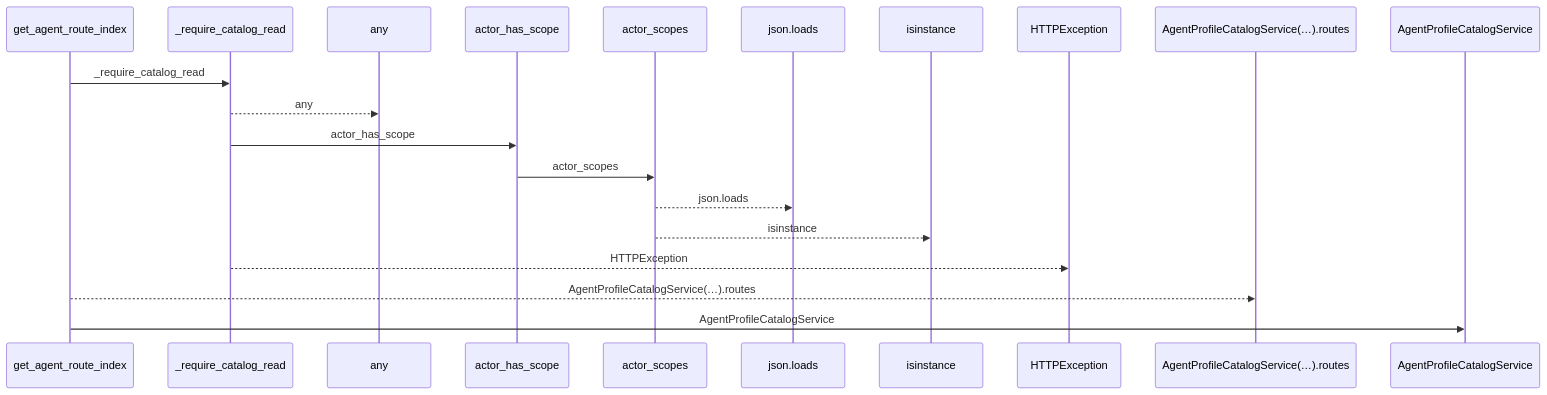
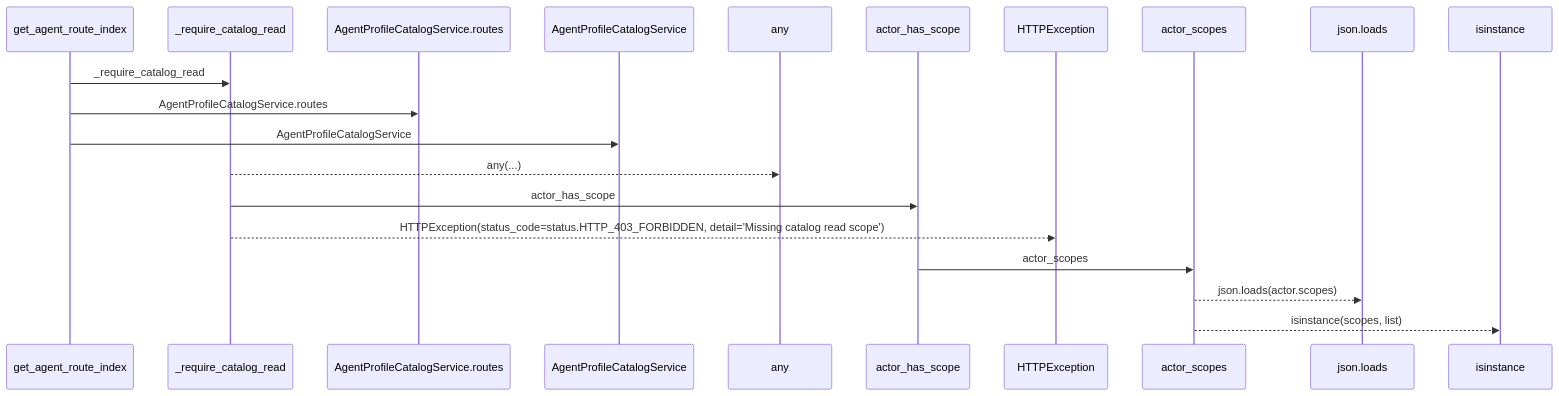
One commit to Denissvgn/WorkChord changed the first of 2 diagrams in docs/llm_wiki/flows/http-get_agent_route_index.md. Above: the diagram before and after it, drawn with Mermaid. The commit also changed other lines of this file and 25171 other files, not shown here.

````diff
--- a/docs/llm_wiki/flows/http-get_agent_route_index.md
+++ b/docs/llm_wiki/flows/http-get_agent_route_index.md
@@ -10,22 +12,22 @@
 ```mermaid
 sequenceDiagram
     participant p0 as get_agent_route_index
     participant p1 as _require_catalog_read
-    participant p2 as any
-    participant p3 as actor_has_scope
-    participant p4 as actor_scopes
-    participant p5 as json.loads
-    participant p6 as isinstance
-    participant p7 as HTTPException
-    participant p8 as AgentProfileCatalogService(…).routes
-    participant p9 as AgentProfileCatalogService
+    participant p2 as AgentProfileCatalogService.routes
+    participant p3 as AgentProfileCatalogService
+    participant p4 as any
+    participant p5 as actor_has_scope
+    participant p6 as HTTPException
+    participant p7 as actor_scopes
+    participant p8 as json.loads
+    participant p9 as isinstance
     p0->>p1: _require_catalog_read
-    p1-->>p2: any
-    p1->>p3: actor_has_scope
-    p3->>p4: actor_scopes
-    p4-->>p5: json.loads
-    p4-->>p6: isinstance
-    p1-->>p7: HTTPException
-    p0-->>p8: AgentProfileCatalogService(…).routes
-    p0->>p9: AgentProfileCatalogService
+    p0->>p2: AgentProfileCatalogService.routes
+    p0->>p3: AgentProfileCatalogService
+    p1-->>p4: any(...)
+    p1->>p5: actor_has_scope
+    p1-->>p6: HTTPException(status_code=status.HTTP_403_FORBIDDEN, detail='Missing catalog read scope')
+    p5->>p7: actor_scopes
+    p7-->>p8: json.loads(actor.scopes)
+    p7-->>p9: isinstance(scopes, list)
 ```
````
